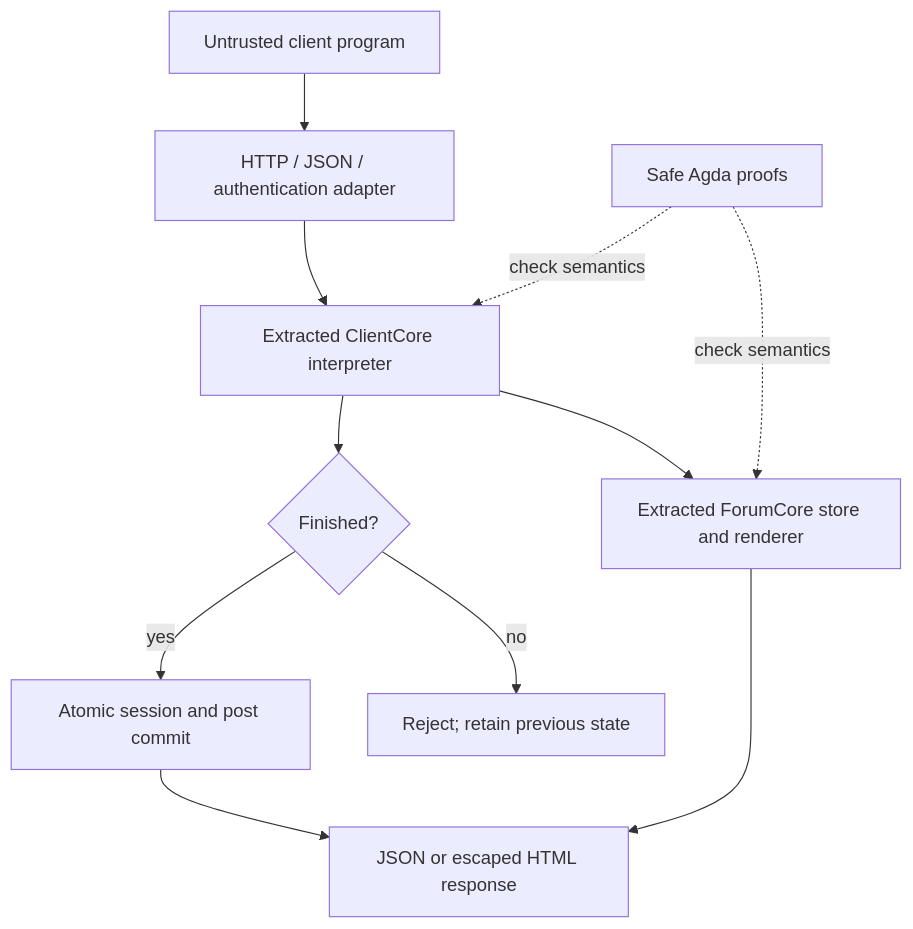
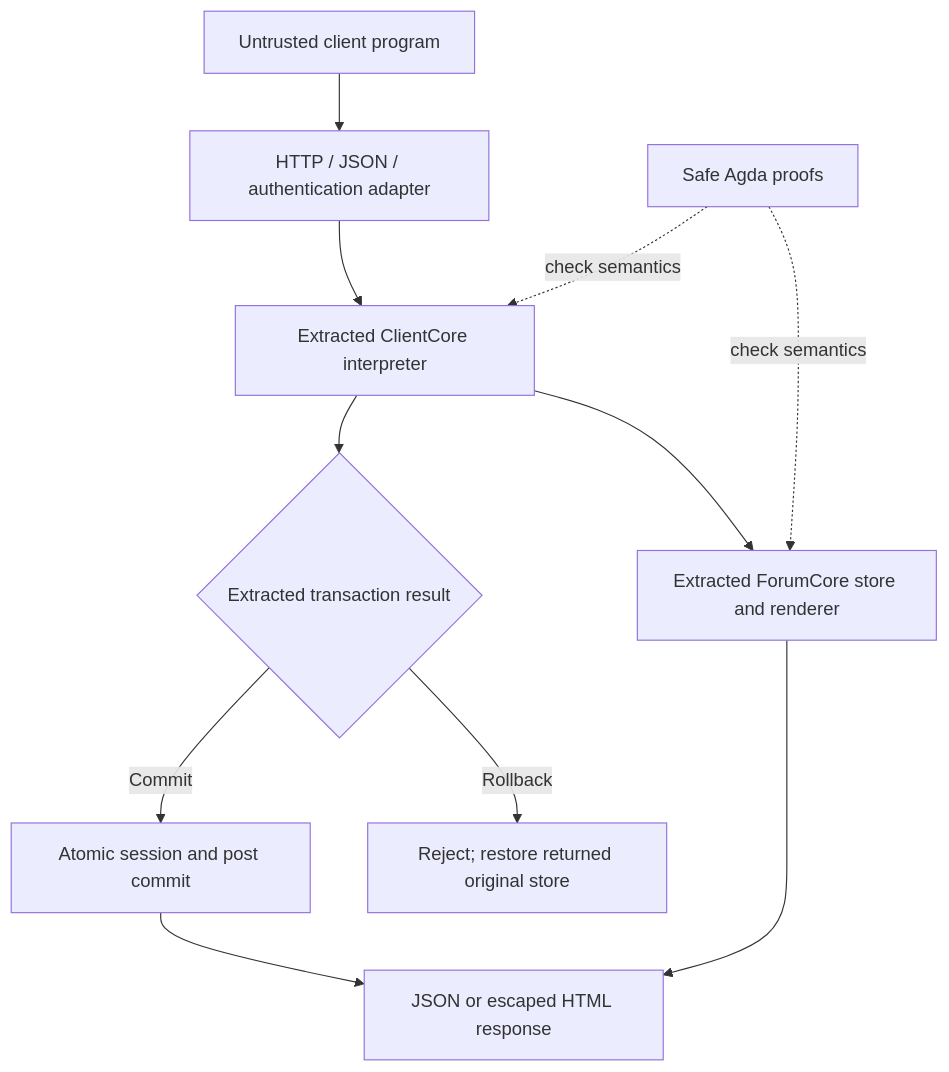
Before and after one commit to verified-software/verified-web-app: the diagram in architecture.md, drawn with Mermaid. The commit also changed 27 other files, not shown here.

Commit message:
Extract atomic rollback and test cross-user HTTP observations

````diff
--- a/architecture.md
+++ b/architecture.md
@@ -3,13 +3,13 @@
 ```mermaid
 flowchart TD
   C["Untrusted client program"] --> A["HTTP / JSON / authentication adapter"]
   A --> V["Extracted ClientCore interpreter"]
   V --> F["Extracted ForumCore store and renderer"]
-  V --> R{"Finished?"}
-  R -->|yes| S["Atomic session and post commit"]
-  R -->|no| X["Reject; retain previous state"]
+  V --> R{"Extracted transaction result"}
+  R -->|Commit| S["Atomic session and post commit"]
+  R -->|Rollback| X["Reject; restore returned original store"]
   P["Safe Agda proofs"] -. "check semantics" .-> V
   P -. "check semantics" .-> F
   S --> O["JSON or escaped HTML response"]
   F --> O
 ```
````
